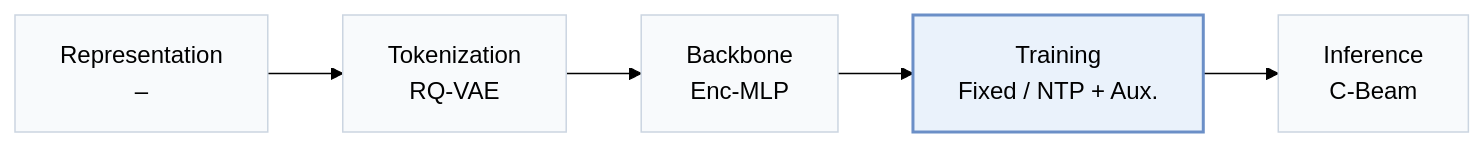
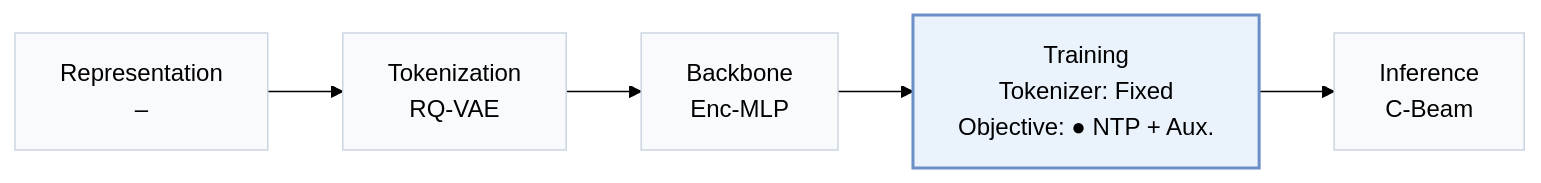
Before and after one commit to Galaxy-ghost/Awesome-SID-Generative-Rec: the first of 2 diagrams in pages/papers/musid-kd.md, drawn with Mermaid (forest theme). The commit also changed other lines of this file and 558 other files, not shown here.

````diff
--- a/pages/papers/musid-kd.md
+++ b/pages/papers/musid-kd.md
@@ -15,8 +18,8 @@
 ```mermaid
 flowchart LR
-    R["Representation<br/>–"] --> T["Tokenization<br/>RQ-VAE"] --> B["Backbone<br/>Enc-MLP"] --> TR["Training<br/>Fixed / NTP + Aux."] --> I["Inference<br/>C-Beam"]
+    R["Representation<br/>–"] --> T["Tokenization<br/>RQ-VAE"] --> B["Backbone<br/>Enc-MLP"] --> TR["Training<br/>Tokenizer: Fixed<br/>Objective: ● NTP + Aux."] --> I["Inference<br/>C-Beam"]
     classDef base fill:#f8fafc,stroke:#cbd5e1
     class R,T,B,TR,I base
     classDef main fill:#eaf2fb,stroke:#6b8fc7,stroke-width:2px
     class TR main
 ```
````
